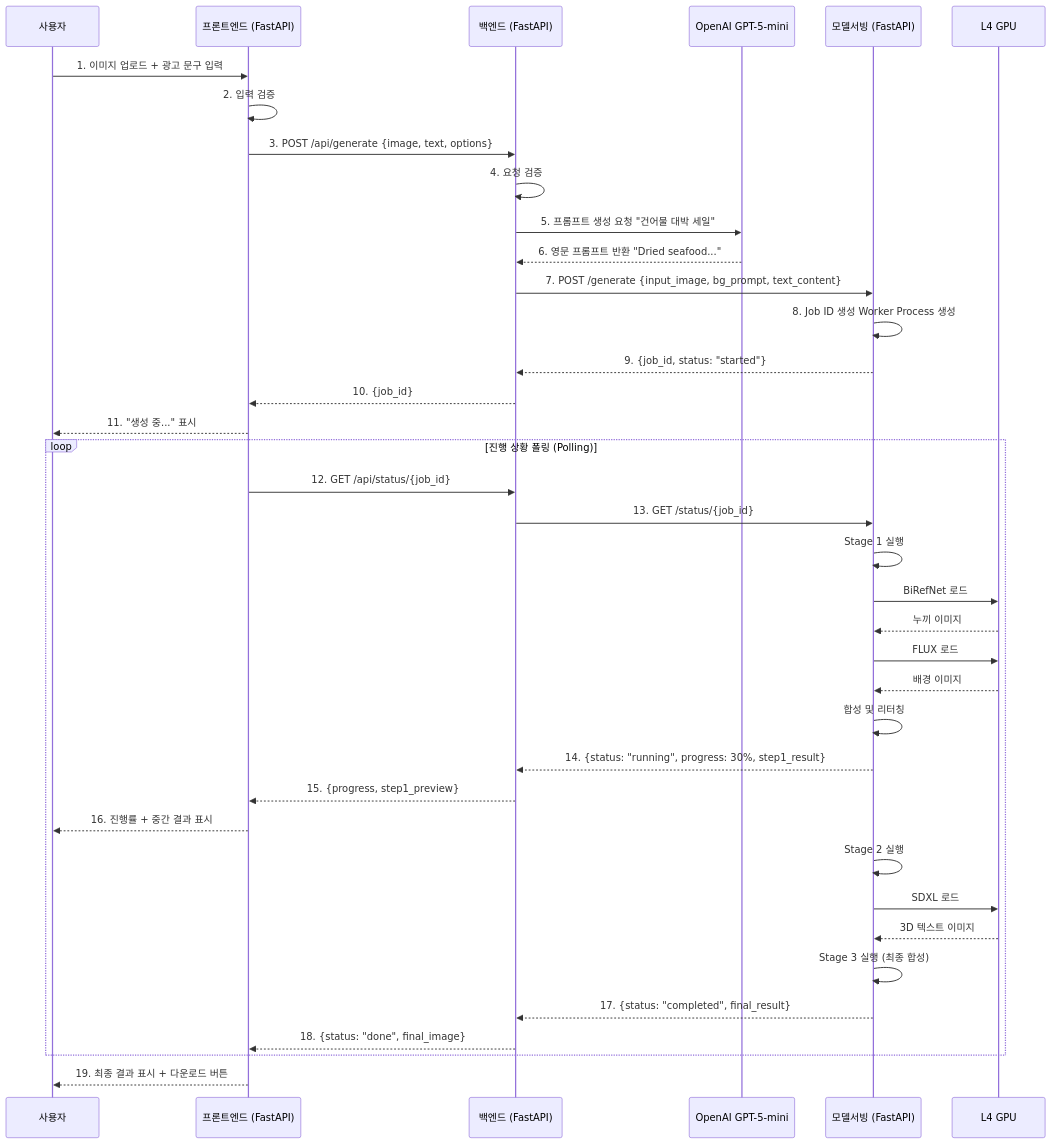
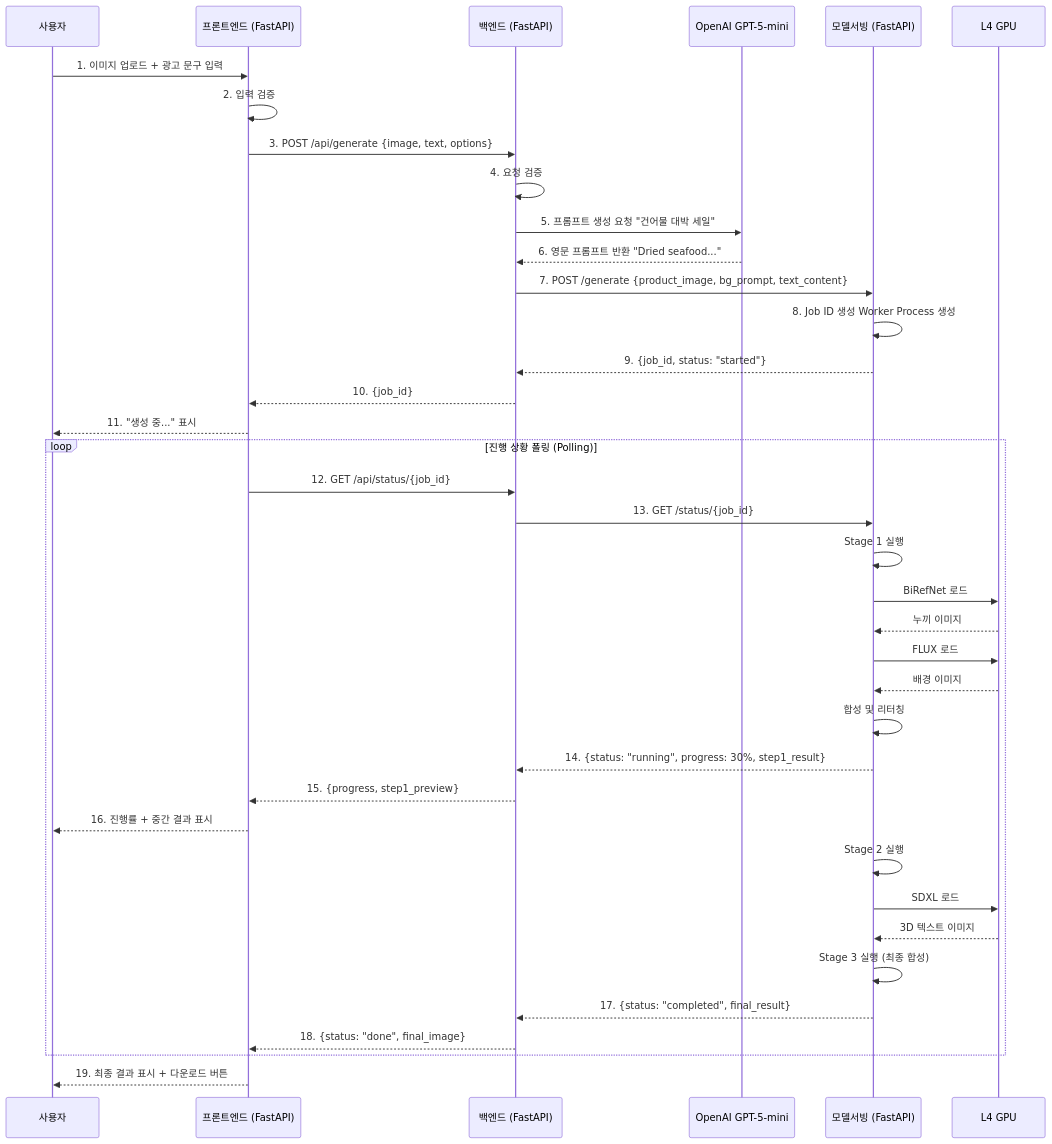
Before and after one commit to krapnuyij/codeit-ai-3team-ad-content: the second of 3 diagrams in docs/doc/아키텍처설계.md, drawn with Mermaid. The commit also changed other lines of this file and 31 other files, not shown here.

````diff
--- a/docs/doc/아키텍처설계.md
+++ b/docs/doc/아키텍처설계.md
@@ -204,49 +204,49 @@
 ```mermaid
 sequenceDiagram
     participant User as 사용자
     participant FE as 프론트엔드 (FastAPI)
     participant BE as 백엔드 (FastAPI)
     participant LLM as OpenAI GPT-5-mini
     participant MS as 모델서빙 (FastAPI)
     participant GPU as L4 GPU
 
     User->>FE: 1. 이미지 업로드 + 광고 문구 입력
     FE->>FE: 2. 입력 검증
     FE->>BE: 3. POST /api/generate {image, text, options}
 
     BE->>BE: 4. 요청 검증
     BE->>LLM: 5. 프롬프트 생성 요청 "건어물 대박 세일"
     LLM-->>BE: 6. 영문 프롬프트 반환 "Dried seafood..."
 
-    BE->>MS: 7. POST /generate {input_image, bg_prompt, text_content}
+    BE->>MS: 7. POST /generate {product_image, bg_prompt, text_content}
     MS->>MS: 8. Job ID 생성 Worker Process 생성
     MS-->>BE: 9. {job_id, status: "started"}
     BE-->>FE: 10. {job_id}
     FE-->>User: 11. "생성 중..." 표시
 
     loop 진행 상황 폴링 (Polling)
         FE->>BE: 12. GET /api/status/{job_id}
         BE->>MS: 13. GET /status/{job_id}
 
         MS->>MS: Stage 1 실행
         MS->>GPU: BiRefNet 로드
         GPU-->>MS: 누끼 이미지
         MS->>GPU: FLUX 로드
         GPU-->>MS: 배경 이미지
         MS->>MS: 합성 및 리터칭
 
         MS-->>BE: 14. {status: "running", progress: 30%, step1_result}
         BE-->>FE: 15. {progress, step1_preview}
         FE-->>User: 16. 진행률 + 중간 결과 표시
 
         MS->>MS: Stage 2 실행
         MS->>GPU: SDXL 로드
         GPU-->>MS: 3D 텍스트 이미지
 
         MS->>MS: Stage 3 실행 (최종 합성)
         MS-->>BE: 17. {status: "completed", final_result}
         BE-->>FE: 18. {status: "done", final_image}
     end
 
     FE-->>User: 19. 최종 결과 표시 + 다운로드 버튼
 ```
````
